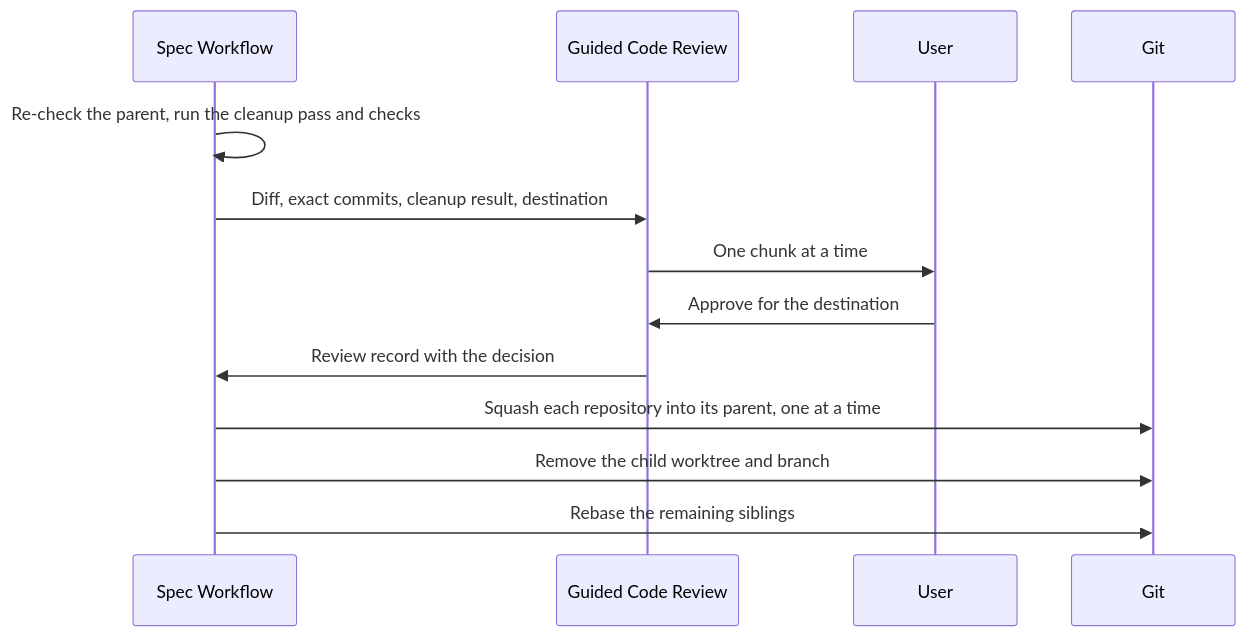
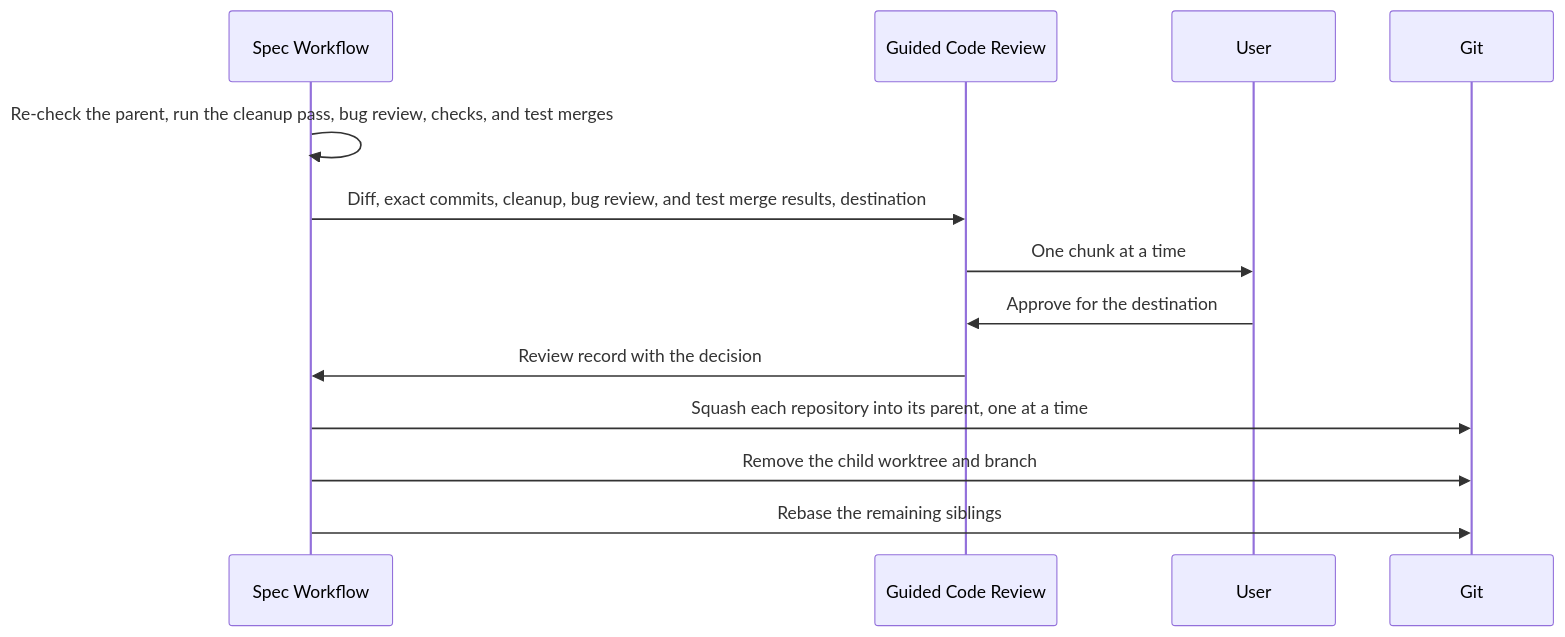
The seventh of 11 diagrams in skills/spec-workflow/SKILL.md (fsw0422/.ksp), drawn with Mermaid before and after one commit. The commit also changed other lines of this file and 11 other files, not shown here.

First line of the commit message:
Spec Workflow: add writing guide, bug review and test merges

````diff
--- a/skills/spec-workflow/SKILL.md
+++ b/skills/spec-workflow/SKILL.md
@@ -317,15 +325,15 @@
 ```mermaid
 sequenceDiagram
     participant W as Spec Workflow
     participant R as Guided Code Review
     participant U as User
     participant G as Git
-    W->>W: Re-check the parent, run the cleanup pass and checks
-    W->>R: Diff, exact commits, cleanup result, destination
+    W->>W: Re-check the parent, run the cleanup pass, bug review, checks, and test merges
+    W->>R: Diff, exact commits, cleanup, bug review, and test merge results, destination
     R->>U: One chunk at a time
     U->>R: Approve for the destination
     R->>W: Review record with the decision
     W->>G: Squash each repository into its parent, one at a time
     W->>G: Remove the child worktree and branch
     W->>G: Rebase the remaining siblings
 ```
````
